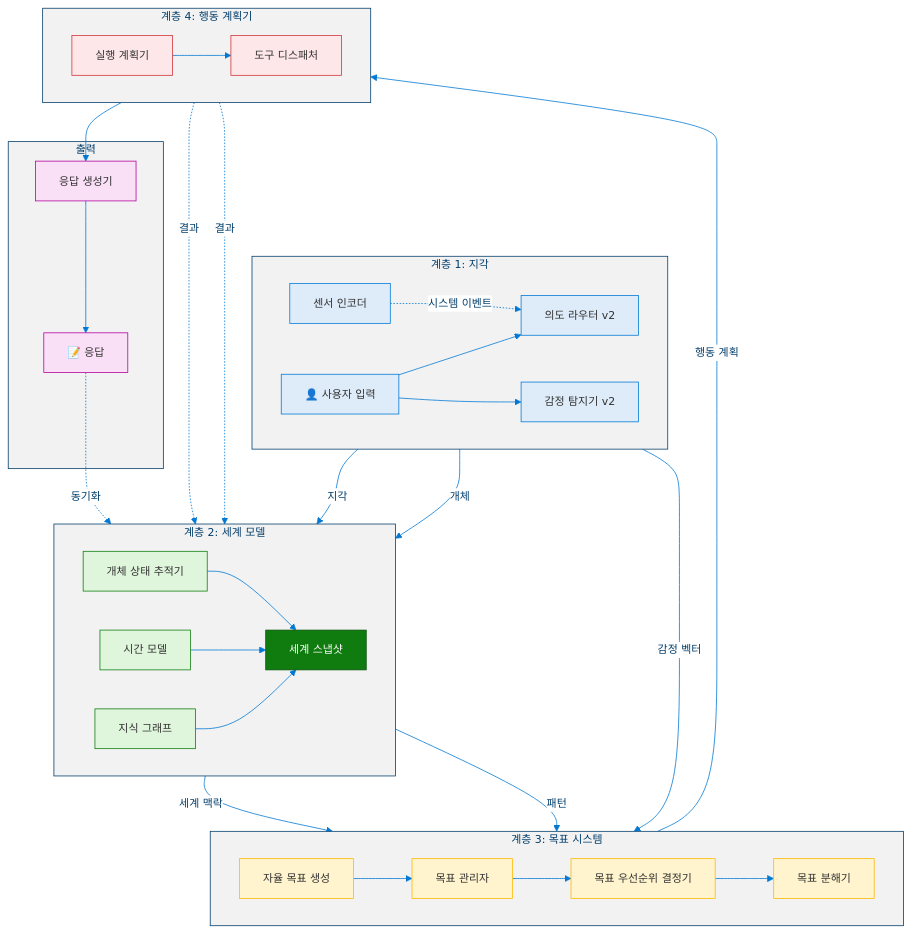
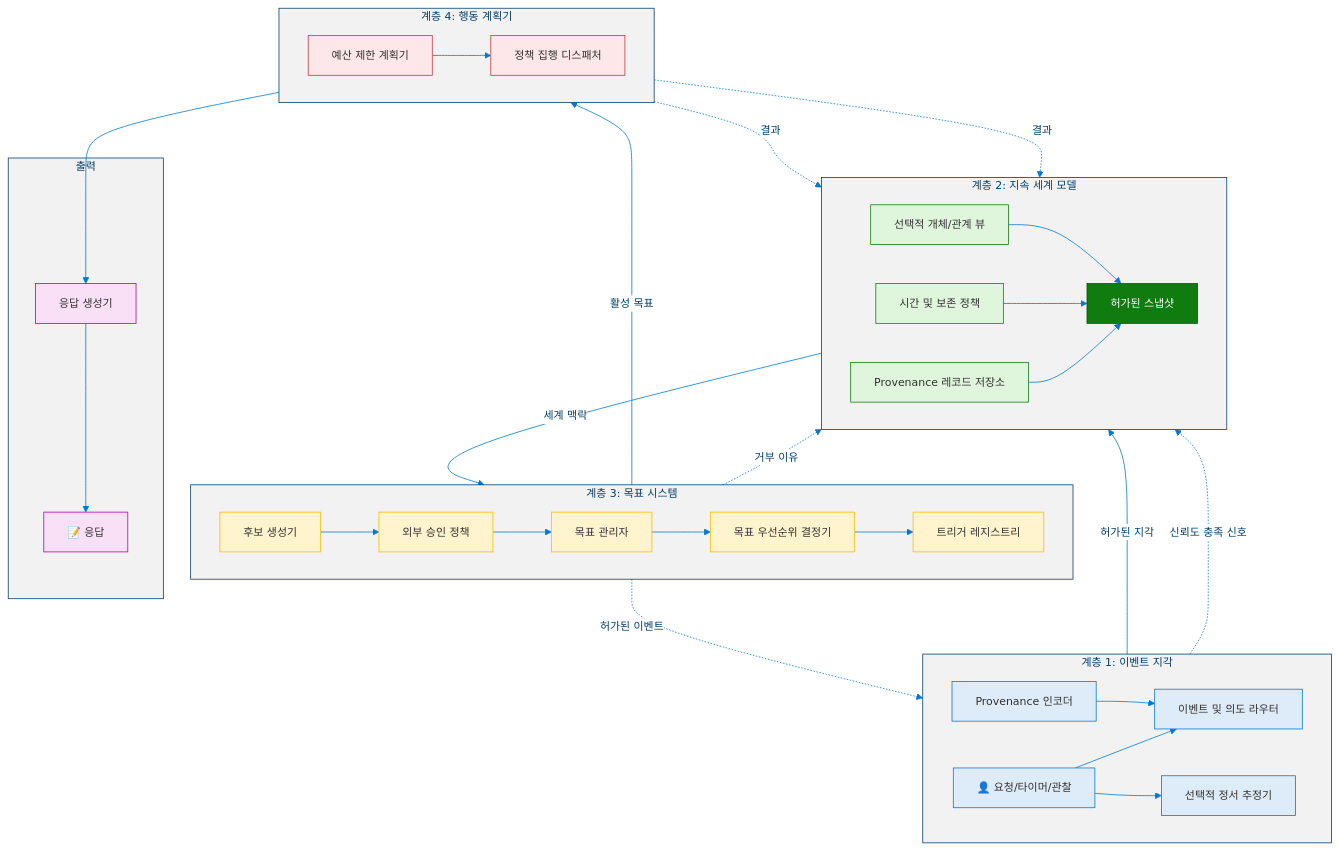
One commit to dotnetpower/mscp changed the second of 8 diagrams in docs/levels/Level_2_Autonomous_Agent.ko.md. Above: the diagram before and after it, drawn with Mermaid. The commit also changed other lines of this file and 21 other files, not shown here.

````diff
--- a/docs/levels/Level_2_Autonomous_Agent.ko.md
+++ b/docs/levels/Level_2_Autonomous_Agent.ko.md
@@ -279,68 +340,68 @@
 ```mermaid
 %%{init: {'theme': 'base', 'themeVariables': {'primaryColor': '#0078D4', 'primaryTextColor': '#003D6B', 'primaryBorderColor': '#003D6B', 'secondaryColor': '#50E6FF', 'secondaryTextColor': '#323130', 'secondaryBorderColor': '#00BCF2', 'tertiaryColor': '#F2F2F2', 'tertiaryTextColor': '#323130', 'lineColor': '#0078D4', 'textColor': '#323130', 'mainBkg': '#DEECF9', 'nodeBorder': '#0078D4', 'clusterBkg': '#F2F2F2', 'clusterBorder': '#003D6B', 'titleColor': '#003D6B', 'edgeLabelBackground': '#FFFFFF', 'fontSize': '14px'}}}%%
 flowchart TD
   classDef perceptionLight fill:#DEECF9,stroke:#0078D4,color:#323130
   classDef worldLight fill:#DFF6DD,stroke:#107C10,color:#323130
   classDef worldAccent fill:#107C10,stroke:#085108,color:#FFF
   classDef goalLight fill:#FFF4CE,stroke:#FFB900,color:#323130
   classDef actionLight fill:#FDE7E9,stroke:#D13438,color:#323130
   classDef outputLight fill:#F9E0F7,stroke:#B4009E,color:#323130
   classDef feedback fill:#F2F2F2,stroke:#8A8886,color:#323130
 
-  subgraph Perception["계층 1: 지각"]
+  subgraph Perception["계층 1: 이벤트 지각"]
     direction LR
-    UserInput["👤 사용자 입력"]:::perceptionLight
-    IRv2["의도 라우터 v2"]:::perceptionLight
-    EDv2["감정 탐지기 v2"]:::perceptionLight
-    SEn["센서 인코더"]:::perceptionLight
+    UserInput["👤 요청/타이머/관찰"]:::perceptionLight
+    IRv2["이벤트 및 의도 라우터"]:::perceptionLight
+    EDv2["선택적 정서 추정기"]:::perceptionLight
+    SEn["Provenance 인코더"]:::perceptionLight
     UserInput --> IRv2
     UserInput --> EDv2
-    SEn -.->|시스템 이벤트| IRv2
+    SEn --> IRv2
   end
 
-  subgraph WorldModel["계층 2: 세계 모델"]
+  subgraph WorldModel["계층 2: 지속 세계 모델"]
     direction LR
-    EST["개체 상태 추적기"]:::worldLight
-    TML["시간 모델"]:::worldLight
-    KG["지식 그래프"]:::worldLight
-    WS["세계 스냅샷"]:::worldAccent
+    EST["선택적 개체/관계 뷰"]:::worldLight
+    TML["시간 및 보존 정책"]:::worldLight
+    KG["Provenance 레코드 저장소"]:::worldLight
+    WS["허가된 스냅샷"]:::worldAccent
     EST --> WS
     TML --> WS
     KG --> WS
   end
 
   subgraph GoalSystem["계층 3: 목표 시스템"]
     direction LR
-    AGG["자율 목표 생성"]:::goalLight
+    AGG["후보 생성기"]:::goalLight
+    ADM["외부 승인 정책"]:::goalLight
     GMgr["목표 관리자"]:::goalLight
     GP["목표 우선순위 결정기"]:::goalLight
-    GD["목표 분해기"]:::goalLight
-    AGG --> GMgr
+    GD["트리거 레지스트리"]:::goalLight
+    AGG --> ADM --> GMgr
     GMgr --> GP --> GD
   end
 
   subgraph ActionPlanner["계층 4: 행동 계획기"]
     direction LR
-    EP["실행 계획기"]:::actionLight
-    TD["도구 디스패처"]:::actionLight
+    EP["예산 제한 계획기"]:::actionLight
+    TD["정책 집행 디스패처"]:::actionLight
   end
 
   subgraph Response["출력"]
     RG["응답 생성기"]:::outputLight
     OUT["📝 응답"]:::outputLight
   end
 
-  IRv2 -->|지각| EST
-  IRv2 -->|개체| EST
-  EDv2 -->|감정 벡터| GP
+  IRv2 -->|허가된 지각| KG
+  EDv2 -.->|신뢰도 충족 신호| WS
   WS -->|세계 맥락| AGG
-  WS -->|패턴| AGG
-  GD -->|행동 계획| EP
+  GP -->|활성 목표| EP
+  GD -.->|허가된 이벤트| IRv2
   EP --> TD
   TD --> RG
   RG --> OUT
 
-  TD -.->|결과| EST
+  TD -.->|결과| KG
   TD -.->|결과| TML
-  OUT -.->|동기화| KG
+  ADM -.->|거부 이유| KG
 ```
````
